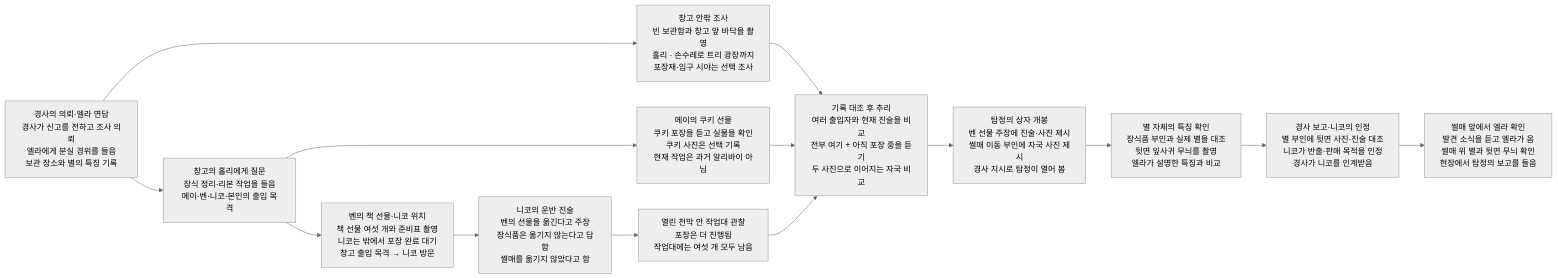
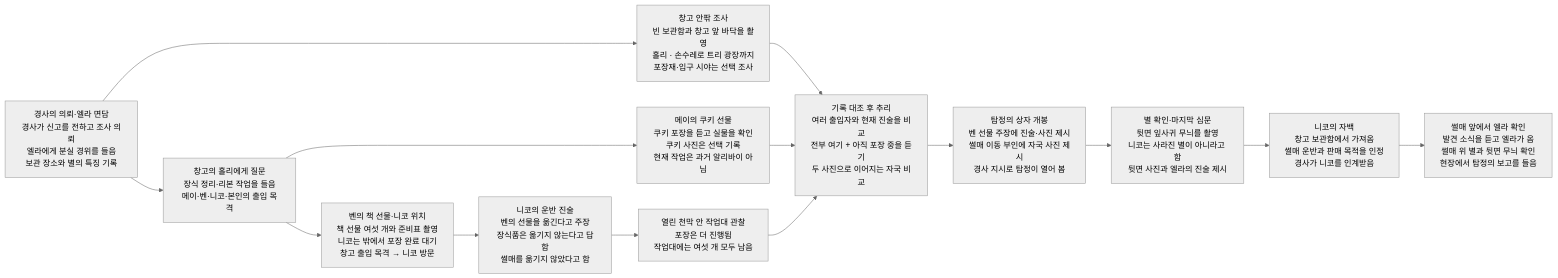
The second of 2 diagrams in design/case-10-christmas-star.md (wonny95/detective-v2), drawn with Mermaid (neutral theme) before and after one commit. The commit also changed other lines of this file and 2 other files, not shown here.

````diff
--- a/design/case-10-christmas-star.md
+++ b/design/case-10-christmas-star.md
@@ -47,28 +47,28 @@
 ```mermaid
 flowchart LR
     s1["경사의 의뢰·엘라 면담<br/>경사가 신고를 전하고 조사 의뢰<br/>엘라에게 분실 경위를 들음<br/>보관 장소와 별의 특징 기록"]
     s2["창고의 홀리에게 질문<br/>장식 정리·리본 작업을 들음<br/>메이·벤·니코·본인의 출입 목격"]
     s3["창고 안팎 조사<br/>빈 보관함과 창고 앞 바닥을 촬영<br/>홀리 · 손수레로 트리 광장까지<br/>포장재·입구 시야는 선택 조사"]
     s4["메이의 쿠키 선물<br/>쿠키 포장을 듣고 실물을 확인<br/>쿠키 사진은 선택 기록<br/>현재 작업은 과거 알리바이 아님"]
     s5["벤의 책 선물·니코 위치<br/>책 선물 여섯 개와 준비표 촬영<br/>니코는 밖에서 포장 완료 대기<br/>창고 출입 목격 → 니코 방문"]
     s6["니코의 운반 진술<br/>벤의 선물을 옮긴다고 주장<br/>장식품은 옮기지 않는다고 답함<br/>썰매를 옮기지 않았다고 함"]
     s7["열린 천막 안 작업대 관찰<br/>포장은 더 진행됨<br/>작업대에는 여섯 개 모두 남음"]
     s8["기록 대조 후 추리<br/>여러 출입자와 현재 진술을 비교<br/>전부 여기 + 아직 포장 중을 듣기<br/>두 사진으로 이어지는 자국 비교"]
     s9["탐정의 상자 개봉<br/>벤 선물 주장에 진술·사진 제시<br/>썰매 이동 부인에 자국 사진 제시<br/>경사 지시로 탐정이 열어 봄"]
-    s10["별 자체의 특징 확인<br/>장식품 부인과 실제 별을 대조<br/>뒷면 잎사귀 무늬를 촬영<br/>엘라가 설명한 특징과 비교"]
-    s11["경사 보고·니코의 인정<br/>별 부인에 뒷면 사진·진술 대조<br/>니코가 반출·판매 목적을 인정<br/>경사가 니코를 인계받음"]
+    s10["별 확인·마지막 심문<br/>뒷면 잎사귀 무늬를 촬영<br/>니코는 사라진 별이 아니라고 함<br/>뒷면 사진과 엘라의 진술 제시"]
+    s11["니코의 자백<br/>창고 보관함에서 가져옴<br/>썰매 운반과 판매 목적을 인정<br/>경사가 니코를 인계받음"]
     s12["썰매 앞에서 엘라 확인<br/>발견 소식을 듣고 엘라가 옴<br/>썰매 위 별과 뒷면 무늬 확인<br/>현장에서 탐정의 보고를 들음"]
     s1 --> s2
     s1 --> s3
     s2 --> s4
     s2 --> s5
     s3 --> s8
     s4 --> s8
     s5 --> s6
     s6 --> s7
     s7 --> s8
     s8 --> s9
     s9 --> s10
     s10 --> s11
     s11 --> s12
 ```
````
